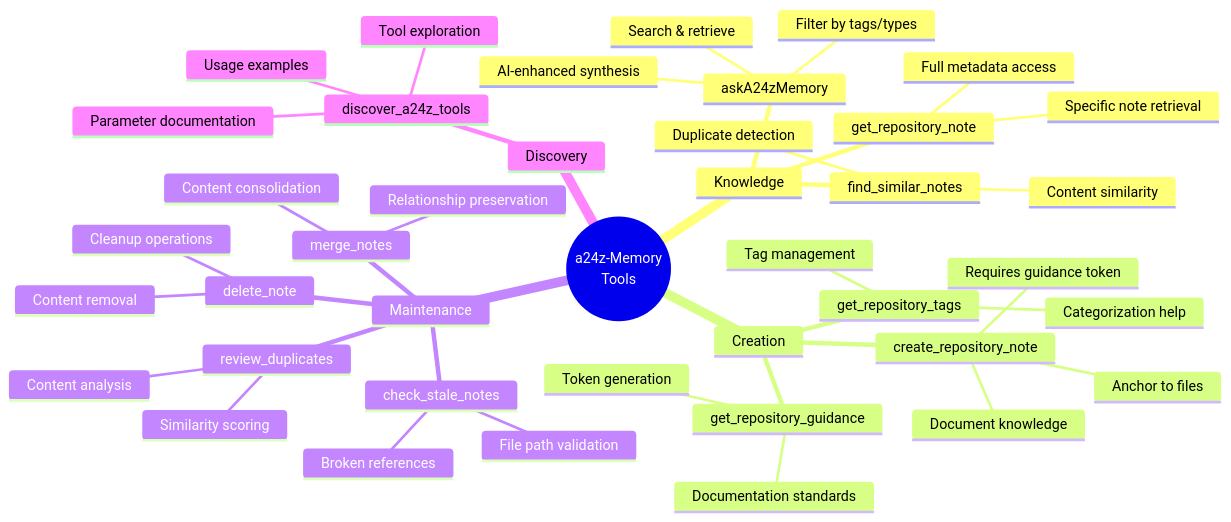
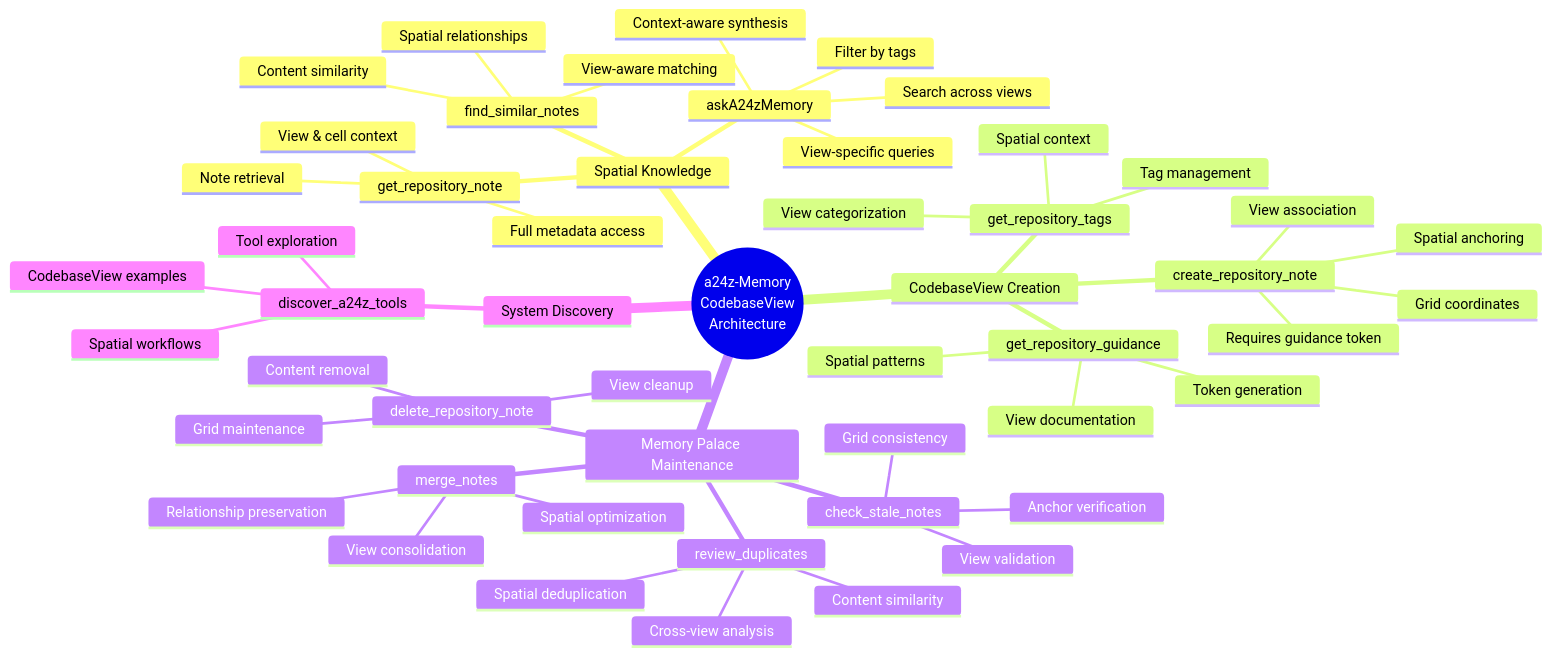
The second of 3 diagrams in docs/tool-workflows/tool-ecosystem-overview.md (a24z-ai/a24z-memory), drawn with Mermaid before and after one commit. The commit also changed other lines of this file and 71 other files, not shown here.

First line of the commit message:
feat: replace AskA24zMemoryTool with ListCodebaseViewsTool

````diff
--- a/docs/tool-workflows/tool-ecosystem-overview.md
+++ b/docs/tool-workflows/tool-ecosystem-overview.md
@@ -86,44 +86,54 @@
 ```mermaid
 mindmap
-  root((a24z-Memory<br/>Tools))
-    Knowledge
+  root((a24z-Memory<br/>CodebaseView<br/>Architecture))
+    Spatial Knowledge
       askA24zMemory
-        Search & retrieve
-        Filter by tags/types
-        AI-enhanced synthesis
+        Search across views
+        Filter by tags
+        Context-aware synthesis
+        View-specific queries
       get_repository_note
-        Specific note retrieval
+        Note retrieval
+        View & cell context
         Full metadata access
       find_similar_notes
         Content similarity
-        Duplicate detection
-    Creation
+        View-aware matching
+        Spatial relationships
+    CodebaseView Creation
       create_repository_note
-        Document knowledge
+        Spatial anchoring
+        View association
+        Grid coordinates
         Requires guidance token
-        Anchor to files
       get_repository_guidance
-        Documentation standards
+        View documentation
+        Spatial patterns
         Token generation
       get_repository_tags
         Tag management
-        Categorization help
-    Maintenance
+        View categorization
+        Spatial context
+    Memory Palace Maintenance
       check_stale_notes
-        Broken references
-        File path validation
+        View validation
+        Anchor verification
+        Grid consistency
       review_duplicates
-        Content analysis
-        Similarity scoring
+        Cross-view analysis
+        Spatial deduplication
+        Content similarity
       merge_notes
-        Content consolidation
+        View consolidation
+        Spatial optimization
         Relationship preservation
-      delete_note
+      delete_repository_note
         Content removal
-        Cleanup operations
-    Discovery
+        View cleanup
+        Grid maintenance
+    System Discovery
       discover_a24z_tools
         Tool exploration
-        Usage examples
-        Parameter documentation
+        Spatial workflows
+        CodebaseView examples
 ```
````
